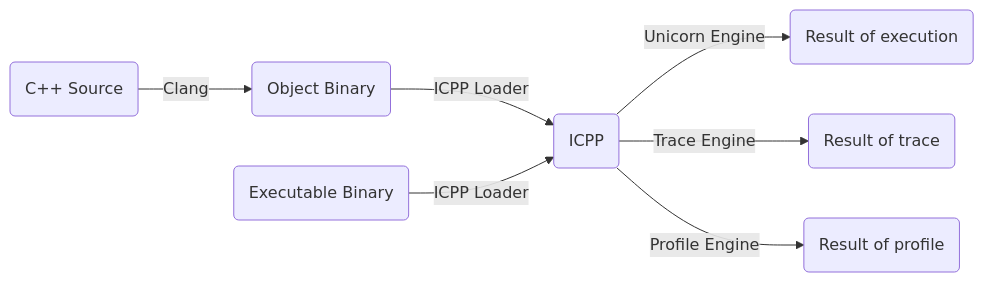
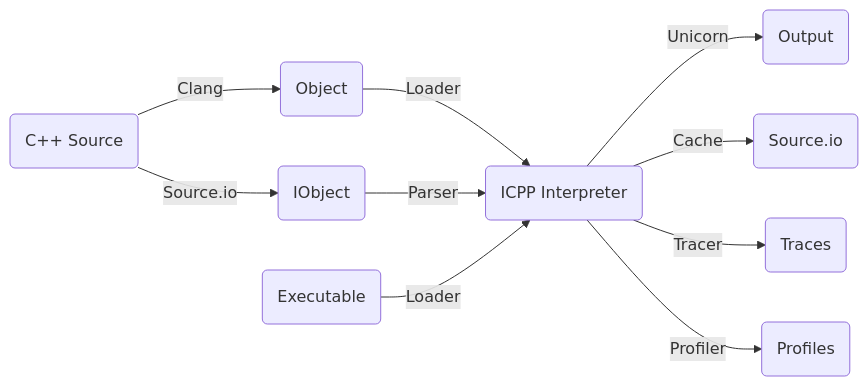
Before and after one commit to vpand/icpp: the diagram in README.md, drawn with Mermaid. The commit also changed 3 other files, not shown here.

````diff
--- a/README.md
+++ b/README.md
@@ -83,9 +83,12 @@
 ```mermaid
 graph LR
-    A(C++ Source) -- Clang --> B(Object Binary)
-    B -- ICPP Loader --> C(ICPP)
-    E(Executable Binary) -- ICPP Loader --> C(ICPP)
-    C -- Unicorn Engine --> D(Result of execution)
-    C -- Trace Engine --> F(Result of trace)
-    C -- Profile Engine --> G(Result of profile)
+    A(C++ Source) -- Clang --> B(Object)
+    B -- Loader --> C(ICPP Interpreter)
+    A(C++ Source) -- Source.io --> H(IObject)
+    H(IObject) -- Parser --> C
+    E(Executable) -- Loader --> C
+    C -- Unicorn --> D(Output)
+    C -- Cache --> I(Source.io)
+    C -- Tracer --> F(Traces)
+    C -- Profiler --> G(Profiles)
 ```
````
